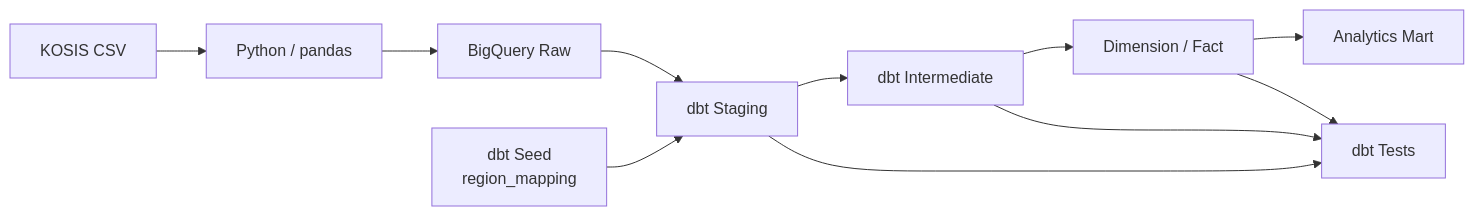
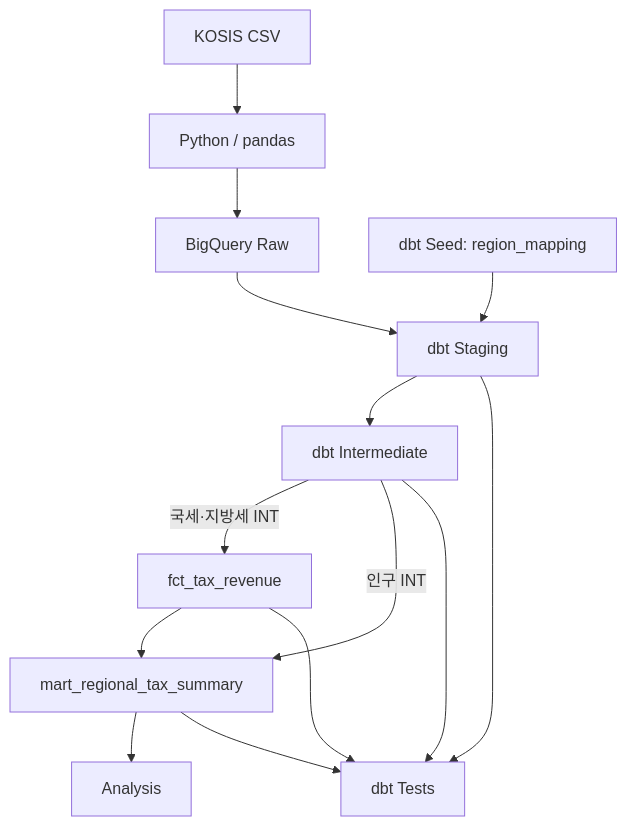
One commit to Kai07790/dbt_project_1_tax changed the diagram in README.md. Above: the diagram before and after it, drawn with Mermaid. The commit also changed other lines of this file, not shown here.

````diff
--- a/README.md
+++ b/README.md
@@ -157,16 +181,21 @@
 ```mermaid
-flowchart LR
+flowchart TD
     A[KOSIS CSV] --> B[Python / pandas]
     B --> C[BigQuery Raw]
 
-    S[dbt Seed<br/>region_mapping] --> D[dbt Staging]
+    S[dbt Seed: region_mapping] --> D[dbt Staging]
     C --> D
 
     D --> E[dbt Intermediate]
-    E --> F[Dimension / Fact]
-    F --> G[Analytics Mart]
+
+    E -->|국세·지방세 INT| F[fct_tax_revenue]
+    E -->|인구 INT| G[mart_regional_tax_summary]
+    F --> G
+
+    G --> H[Analysis]
 
     D --> T[dbt Tests]
     E --> T
     F --> T
+    G --> T
 ```
````
